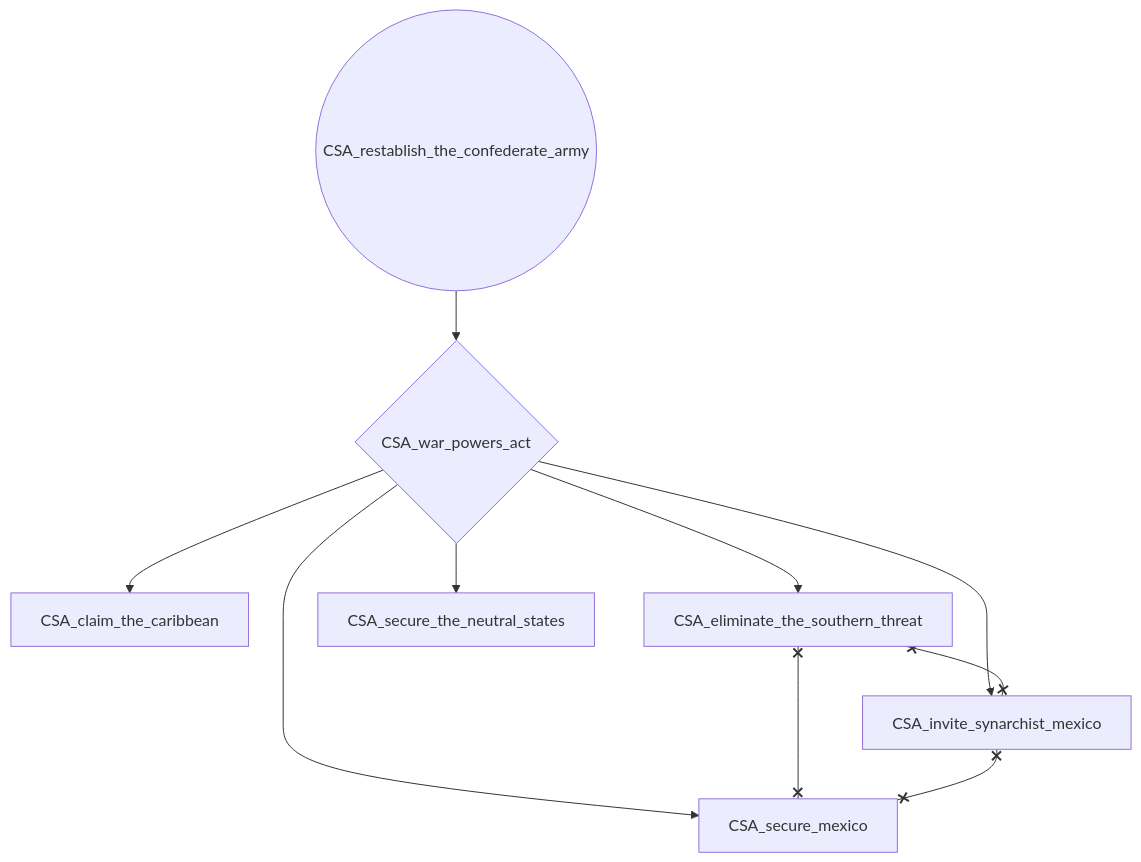
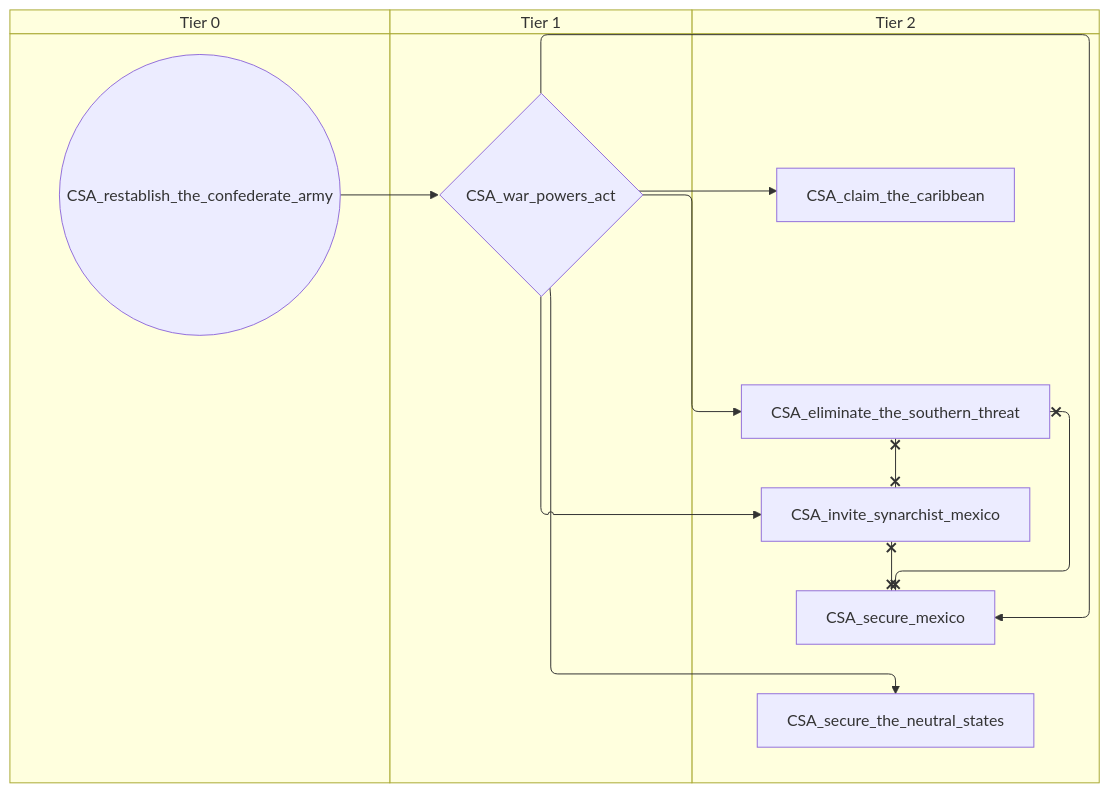
Before and after one commit to evgeny-sobol/hoi4-sandbox-mode-r56: the second of 2 diagrams in docs/gdd/National Focuses/r56/csa.md, drawn with Mermaid. The commit also changed other lines of this file and 423 other files, not shown here.

First line of the commit message:
Re-export Rt56 focus trees as swimlane diagrams

````diff
--- a/docs/gdd/National Focuses/r56/csa.md
+++ b/docs/gdd/National Focuses/r56/csa.md
@@ -42,19 +52,25 @@
 ```mermaid
-flowchart TD
-    n17["CSA_claim_the_caribbean"]
-    n18["CSA_eliminate_the_southern_threat"]
-    n19["CSA_invite_synarchist_mexico"]
-    n20(("CSA_restablish_the_confederate_army"))
-    n21["CSA_secure_mexico"]
-    n22["CSA_secure_the_neutral_states"]
-    n23{"CSA_war_powers_act"}
-    n23 --> n17
-    n23 --> n18
-    n23 --> n19
-    n23 --> n21
-    n23 --> n22
-    n20 --> n23
-    n18 x--x n19
-    n18 x--x n21
-    n19 x--x n21
+swimlane-beta TD
+    subgraph tier_0["Tier 0"]
+        n17(("CSA_restablish_the_confederate_army"))
+    end
+    subgraph tier_1["Tier 1"]
+        n18{"CSA_war_powers_act"}
+    end
+    subgraph tier_2["Tier 2"]
+        n19["CSA_claim_the_caribbean"]
+        n20["CSA_eliminate_the_southern_threat"]
+        n21["CSA_invite_synarchist_mexico"]
+        n22["CSA_secure_mexico"]
+        n23["CSA_secure_the_neutral_states"]
+    end
+    n18 --> n19
+    n18 --> n20
+    n18 --> n21
+    n18 --> n22
+    n18 --> n23
+    n17 --> n18
+    n20 x--x n21
+    n20 x--x n22
+    n21 x--x n22
 ```
````
